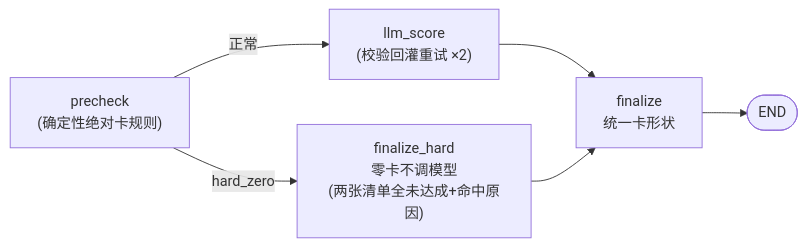
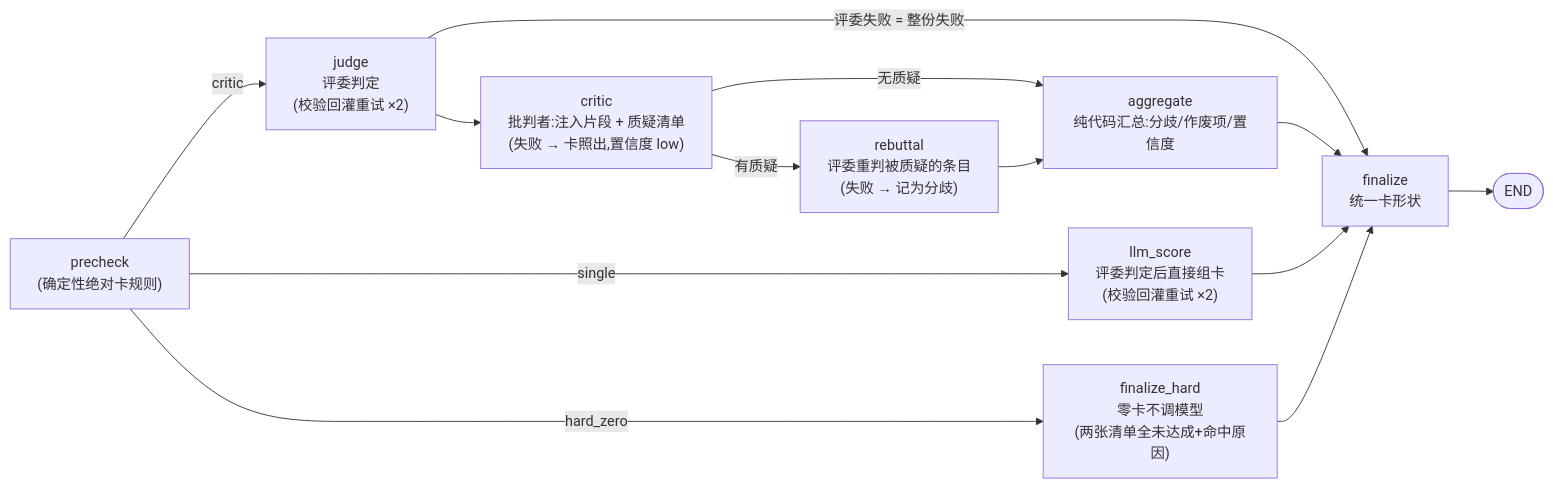
The sixth of 9 diagrams in docs/architecture.md (Boyuan-IT-Club/Official_Web_Agent), drawn with Mermaid before and after one commit. The commit also changed other lines of this file and 42 other files, not shown here.

````diff
--- a/docs/architecture.md
+++ b/docs/architecture.md
@@ -232,8 +238,15 @@
 ```mermaid
 flowchart LR
     PRE["precheck<br/>(确定性绝对卡规则)"] -->|"hard_zero"| FH["finalize_hard<br/>零卡不调模型<br/>(两张清单全未达成+命中原因)"]
-    PRE -->|"正常"| LS["llm_score<br/>(校验回灌重试 ×2)"]
-    LS --> FIN["finalize<br/>统一卡形状"]
+    PRE -->|"single"| LS["llm_score<br/>评委判定后直接组卡<br/>(校验回灌重试 ×2)"]
+    PRE -->|"critic"| J["judge<br/>评委判定<br/>(校验回灌重试 ×2)"]
+    J -->|"评委失败 = 整份失败"| FIN
+    J --> CR["critic<br/>批判者:注入片段 + 质疑清单<br/>(失败 → 卡照出,置信度 low)"]
+    CR -->|"有质疑"| RB["rebuttal<br/>评委重判被质疑的条目<br/>(失败 → 记为分歧)"]
+    CR -->|"无质疑"| AG["aggregate<br/>纯代码汇总:分歧/作废项/置信度"]
+    RB --> AG
+    AG --> FIN["finalize<br/>统一卡形状"]
+    LS --> FIN
     FH --> FIN
     FIN --> E(["END"])
 ```
````
